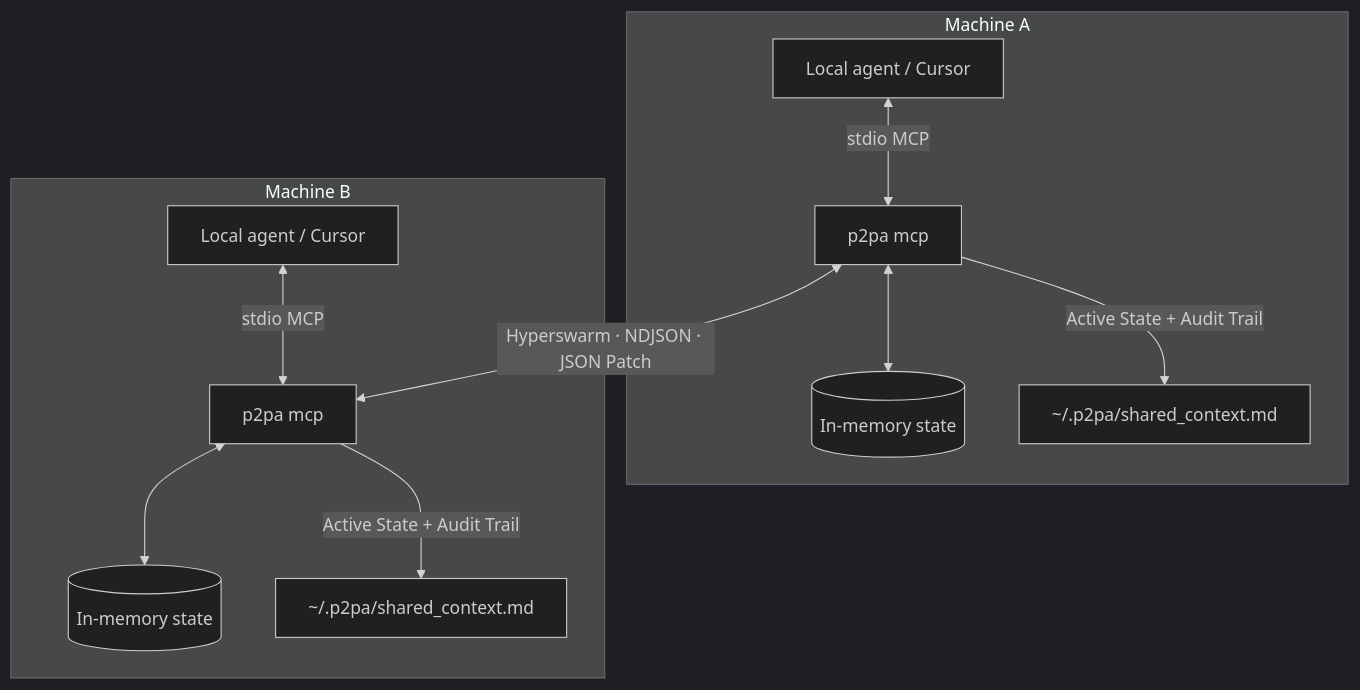
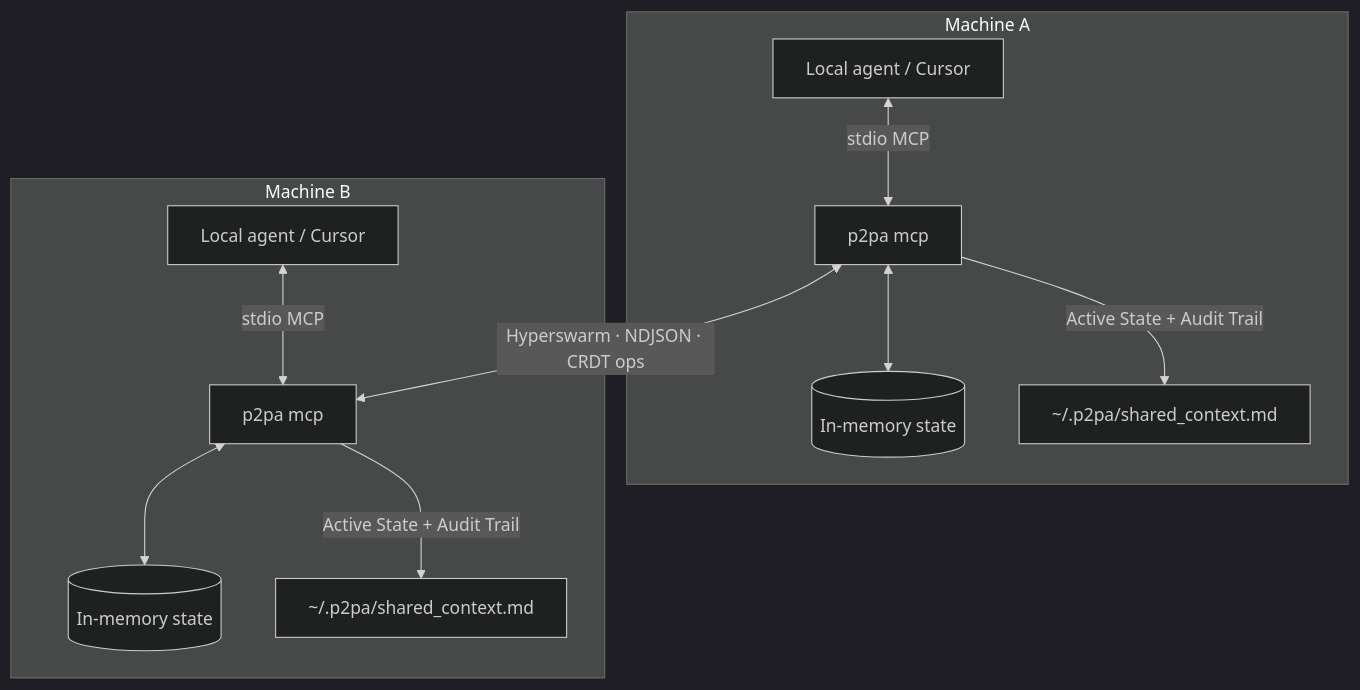
The diagram in README.md (SanjoyDat1/P2PA), drawn with Mermaid (dark theme) before and after one commit. The commit also changed other lines of this file and 23 other files, not shown here.

````diff
--- a/README.md
+++ b/README.md
@@ -36,16 +36,16 @@
 ```mermaid
 graph TD
     subgraph MachineA [Machine A]
         AgentA[Local agent / Cursor] <-->|stdio MCP| MCPA[p2pa mcp]
         MCPA <--> StoreA[(In-memory state)]
         MCPA -->|Active State + Audit Trail| LogA["~/.p2pa/shared_context.md"]
     end
 
     subgraph MachineB [Machine B]
         AgentB[Local agent / Cursor] <-->|stdio MCP| MCPB[p2pa mcp]
         MCPB <--> StoreB[(In-memory state)]
         MCPB -->|Active State + Audit Trail| LogB["~/.p2pa/shared_context.md"]
     end
 
-    MCPA <-->|Hyperswarm · NDJSON · JSON Patch| MCPB
+    MCPA <-->|Hyperswarm · NDJSON · CRDT ops| MCPB
 ```
````
